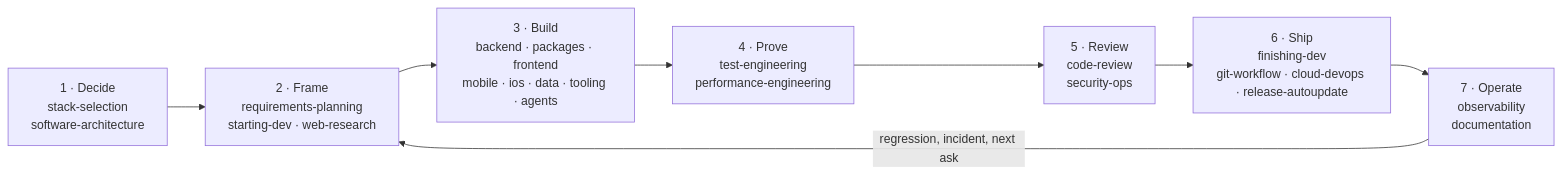
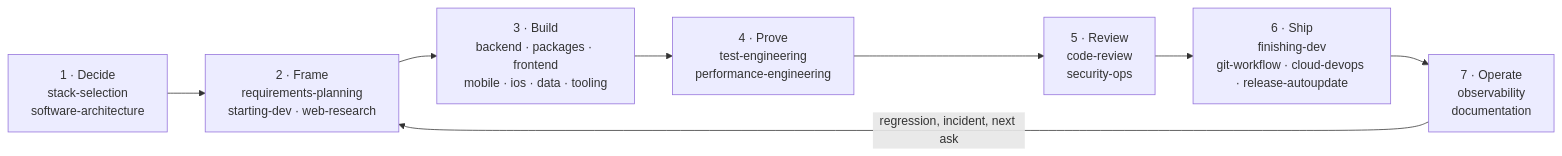
One commit to juninmd/skills changed the second of 2 diagrams in README.md. Above: the diagram before and after it, drawn with Mermaid. The commit also changed other lines of this file and 83 other files, not shown here.

````diff
--- a/README.md
+++ b/README.md
@@ -199,10 +186,10 @@
 ```mermaid
 flowchart LR
     A["1 · Decide<br/>stack-selection<br/>software-architecture"] --> B["2 · Frame<br/>requirements-planning<br/>starting-dev · web-research"]
-    B --> C["3 · Build<br/>backend · packages · frontend<br/>mobile · ios · data · tooling · agents"]
+    B --> C["3 · Build<br/>backend · packages · frontend<br/>mobile · ios · data · tooling"]
     C --> D["4 · Prove<br/>test-engineering<br/>performance-engineering"]
     D --> E["5 · Review<br/>code-review<br/>security-ops"]
     E --> F["6 · Ship<br/>finishing-dev<br/>git-workflow · cloud-devops · release-autoupdate"]
     F --> G["7 · Operate<br/>observability<br/>documentation"]
     G -->|regression, incident, next ask| B
 ```
````
